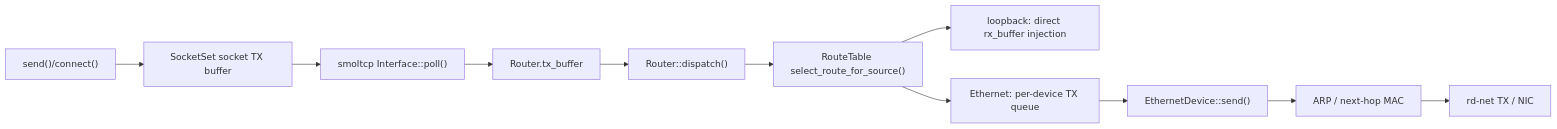
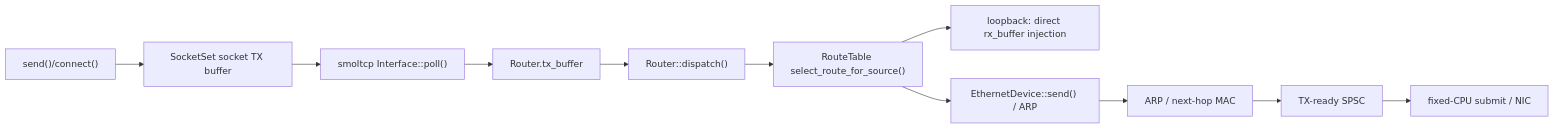
Before and after one commit to 451846939/tgoskits: the third of 3 diagrams in docs/docs/architecture/net/architecture.md, drawn with Mermaid. The commit also changed other lines of this file and 99 other files, not shown here.

First line of the commit message:
refactor(ax-net): add queue-level NAPI runtime (#2178)

````diff
--- a/docs/docs/architecture/net/architecture.md
+++ b/docs/docs/architecture/net/architecture.md
@@ -250,13 +253,13 @@
 ```mermaid
 flowchart LR
     App["send()/connect()"] --> Sock["SocketSet socket TX buffer"]
     Sock --> Smol["smoltcp Interface::poll()"]
     Smol --> TxBuf["Router.tx_buffer"]
     TxBuf --> Dispatch["Router::dispatch()"]
     Dispatch --> Route["RouteTable select_route_for_source()"]
     Route --> Loop["loopback: direct rx_buffer injection"]
-    Route --> TxQ["Ethernet: per-device TX queue"]
-    TxQ --> Eth["EthernetDevice::send()"]
+    Route --> Eth["EthernetDevice::send() / ARP"]
     Eth --> Arp["ARP / next-hop MAC"]
-    Arp --> Hw["rd-net TX / NIC"]
+    Arp --> TxQ["TX-ready SPSC"]
+    TxQ --> Hw["fixed-CPU submit / NIC"]
 ```
````
